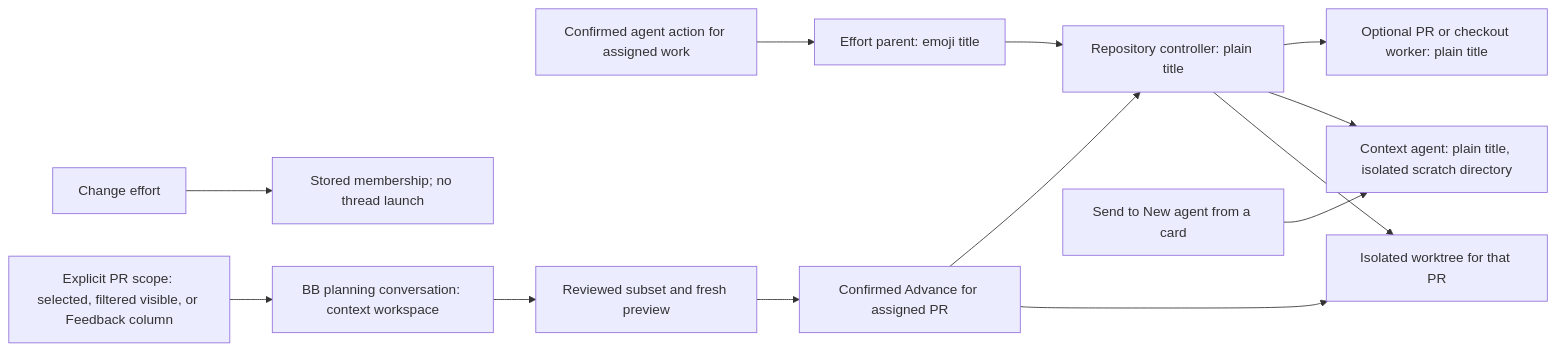
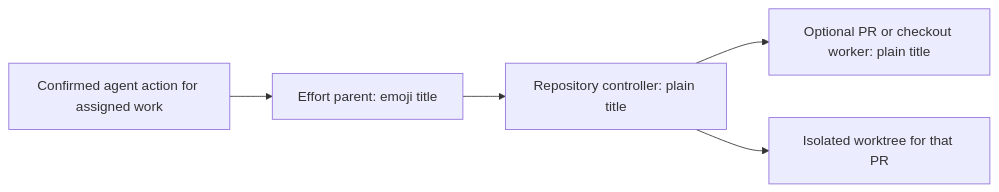
One commit to arashout/bb-plugins changed the second of 2 diagrams in plugins/workstreams/README.md. Above: the diagram before and after it, drawn with Mermaid. The commit also changed other lines of this file and 61 other files, not shown here.

````diff
--- a/plugins/workstreams/README.md
+++ b/plugins/workstreams/README.md
@@ -136,15 +128,7 @@
 ```mermaid
 flowchart LR
-  change["Change effort"] --> stored["Stored membership; no thread launch"]
   action["Confirmed agent action for assigned work"] --> parent["Effort parent: emoji title"]
   parent --> controller["Repository controller: plain title"]
   controller --> worker["Optional PR or checkout worker: plain title"]
-  message["Send to New agent from a card"] --> context["Context agent: plain title, isolated scratch directory"]
-  controller --> context
-  scope["Explicit PR scope: selected, filtered visible, or Feedback column"] --> planning["BB planning conversation: context workspace"]
-  planning --> proposal["Reviewed subset and fresh preview"]
-  proposal --> advance
-  advance["Confirmed Advance for assigned PR"] --> controller
-  advance --> workspace["Isolated worktree for that PR"]
-  controller --> workspace
+  controller --> workspace["Isolated worktree for that PR"]
 ```
````
